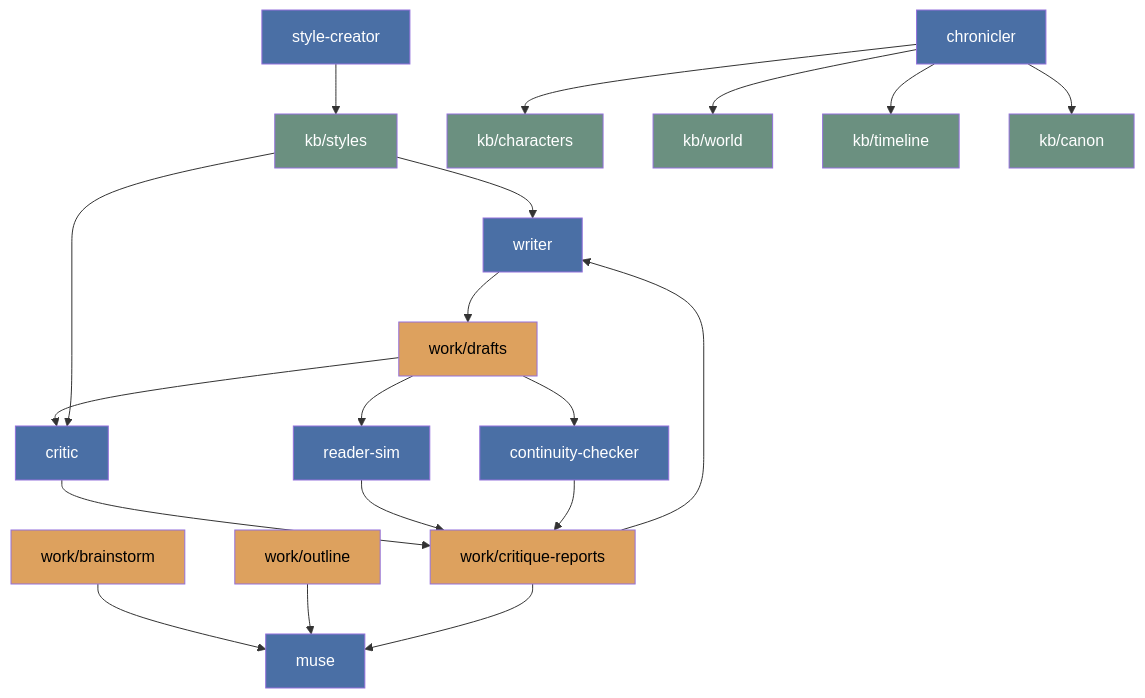
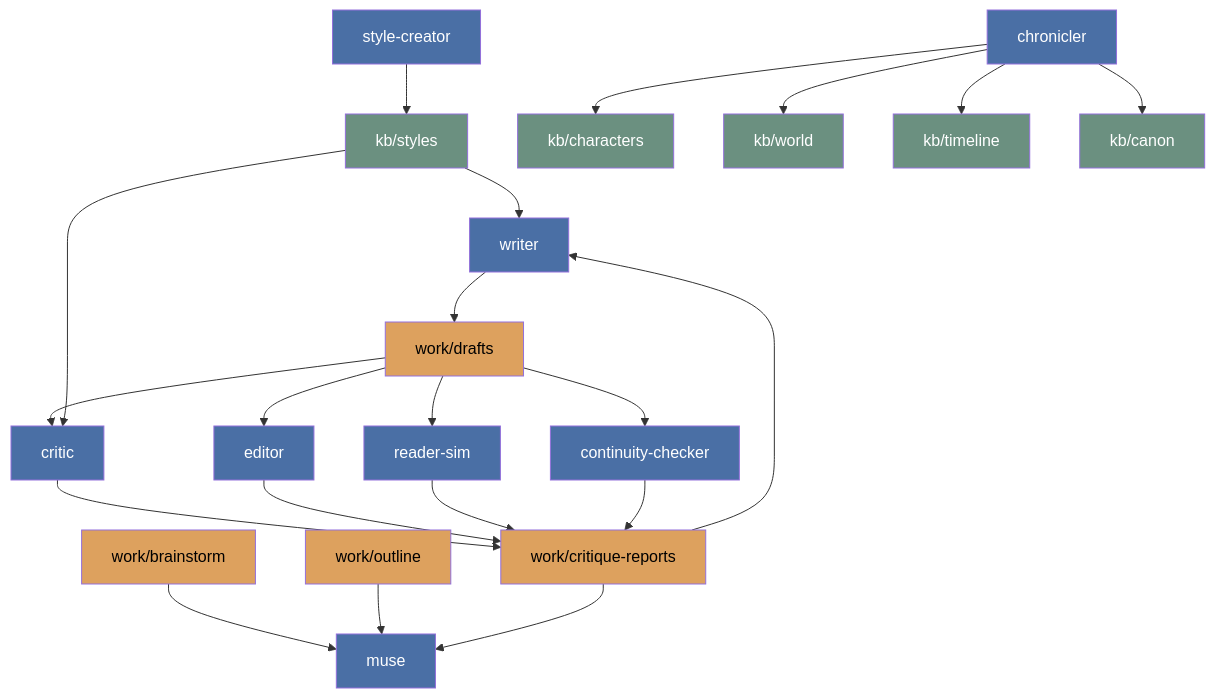
One commit to haowjy/creative-writing-skills changed the second of 2 diagrams in docs/architecture.md. Above: the diagram before and after it, drawn with Mermaid. The commit also changed other lines of this file and 29 other files, not shown here.

````diff
--- a/docs/architecture.md
+++ b/docs/architecture.md
@@ -97,31 +100,33 @@
 ```mermaid
 graph TD
     WB[work/brainstorm] --> M[muse]
     WO[work/outline] --> M
     W[writer] --> WD[work/drafts]
     WD --> C[critic]
+    WD --> E[editor]
     WD --> R[reader-sim]
     WD --> CC[continuity-checker]
     C --> WC[work/critique-reports]
+    E --> WC
     R --> WC
     CC --> WC
     WC --> M
     WC --> W
 
     S[style-creator] --> KS[kb/styles]
     KS --> W
     KS --> C
 
     CH[chronicler] --> KC[kb/characters]
     CH --> KW[kb/world]
     CH --> KT[kb/timeline]
     CH --> KCN[kb/canon]
 
     classDef work fill:#dda15e,color:#000
     classDef kb fill:#6b9080,color:#fff
     classDef agent fill:#4a6fa5,color:#fff
 
     class WB,WO,WD,WC work
     class KS,KC,KW,KT,KCN kb
-    class M,W,C,R,CC,S,CH agent
+    class M,W,C,E,R,CC,S,CH agent
 ```
````
